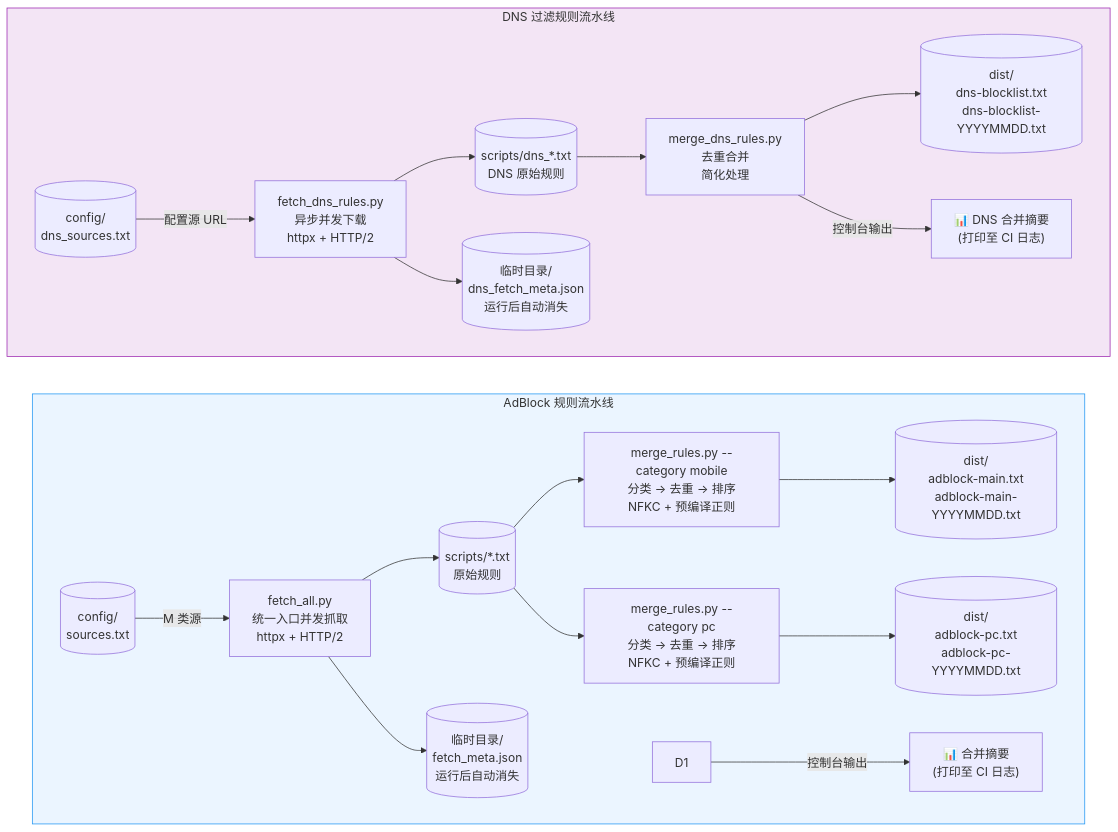
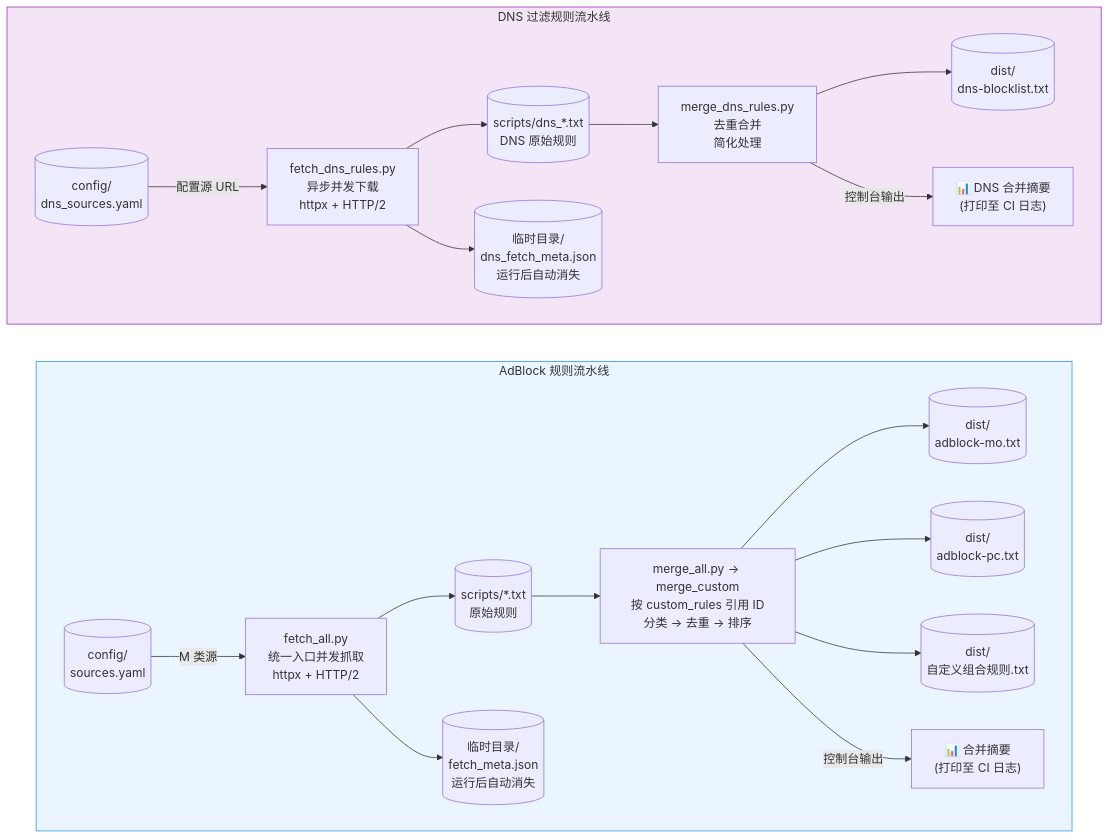
Before and after one commit to Chaniug/FilterFusion: the first of 5 diagrams in docs/PROJECT_DOCS.md, drawn with Mermaid. The commit also changed other lines of this file and 16 other files, not shown here.

````diff
--- a/docs/PROJECT_DOCS.md
+++ b/docs/PROJECT_DOCS.md
@@ -66,27 +66,27 @@
 ```mermaid
 flowchart LR
     subgraph ADBLOCK["AdBlock 规则流水线"]
         direction LR
-        A1[("config/<br/>sources.txt")] -->|M 类源| B1["fetch_all.py<br/>统一入口并发抓取<br/>httpx + HTTP/2"]
+        A1[("config/<br/>sources.yaml")] -->|M 类源| B1["fetch_all.py<br/>统一入口并发抓取<br/>httpx + HTTP/2"]
         B1 --> C1[("scripts/*.txt<br/>原始规则")]
         B1 --> M1[("临时目录/<br/>fetch_meta.json<br/>运行后自动消失")]
-        C1 --> D1a["merge_rules.py --category mobile<br/>分类 → 去重 → 排序<br/>NFKC + 预编译正则"]
-        D1a --> E1a[("dist/<br/>adblock-main.txt<br/>adblock-main-YYYYMMDD.txt")]
-        C1 --> D1b["merge_rules.py --category pc<br/>分类 → 去重 → 排序<br/>NFKC + 预编译正则"]
-        D1b --> E1b[("dist/<br/>adblock-pc.txt<br/>adblock-pc-YYYYMMDD.txt")]
+        C1 --> D1["merge_all.py → merge_custom<br/>按 custom_rules 引用 ID<br/>分类 → 去重 → 排序"]
+        D1 --> E1a[("dist/<br/>adblock-mo.txt")]
+        D1 --> E1b[("dist/<br/>adblock-pc.txt")]
+        D1 --> E1c[("dist/<br/>自定义组合规则.txt")]
         D1 -->|控制台输出| F1["📊 合并摘要<br/>(打印至 CI 日志)"]
     end
 
     subgraph DNS["DNS 过滤规则流水线"]
         direction LR
-        A2[("config/<br/>dns_sources.txt")] -->|配置源 URL| B2["fetch_dns_rules.py<br/>异步并发下载<br/>httpx + HTTP/2"]
+        A2[("config/<br/>dns_sources.yaml")] -->|配置源 URL| B2["fetch_dns_rules.py<br/>异步并发下载<br/>httpx + HTTP/2"]
         B2 --> C2[("scripts/dns_*.txt<br/>DNS 原始规则")]
         B2 --> M2[("临时目录/<br/>dns_fetch_meta.json<br/>运行后自动消失")]
         C2 --> D2["merge_dns_rules.py<br/>去重合并<br/>简化处理"]
-        D2 --> E2[("dist/<br/>dns-blocklist.txt<br/>dns-blocklist-YYYYMMDD.txt")]
+        D2 --> E2[("dist/<br/>dns-blocklist.txt")]
         D2 -->|控制台输出| F2["📊 DNS 合并摘要<br/>(打印至 CI 日志)"]
     end
 
     style ADBLOCK fill:#ebf5ff,stroke:#2196f3
     style DNS fill:#f3e5f5,stroke:#9c27b0
 ```
````
